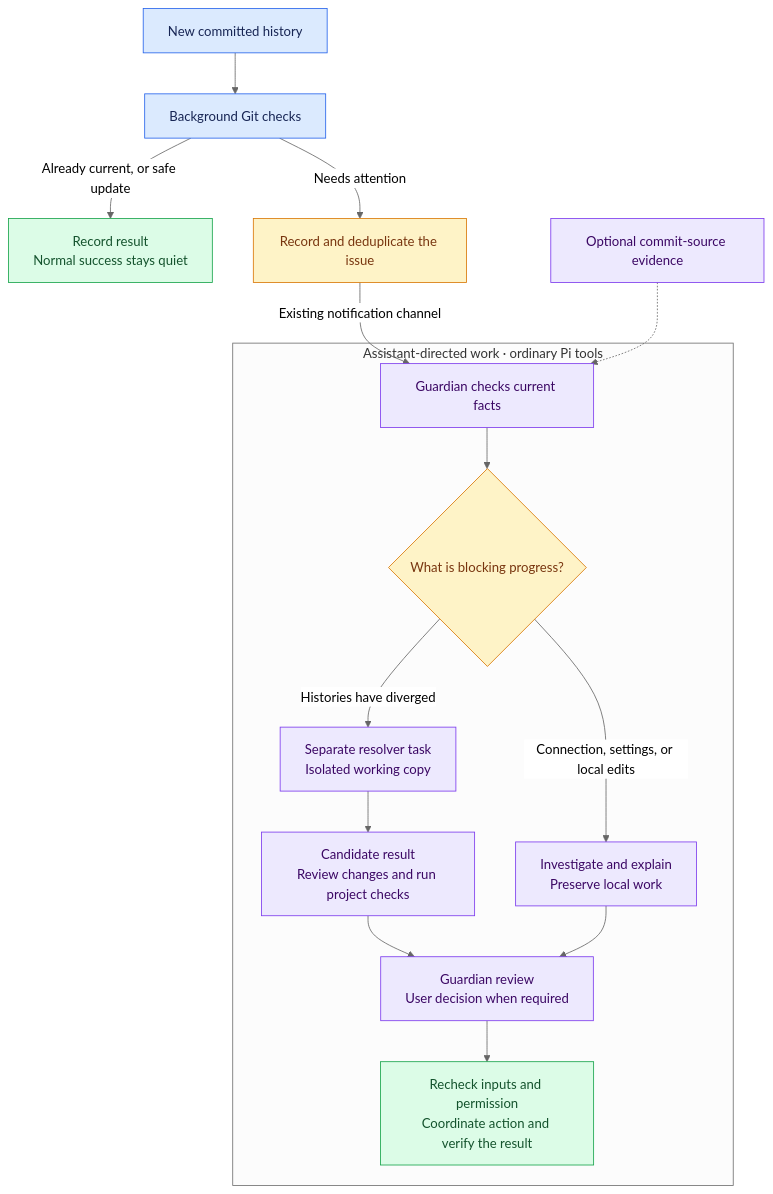
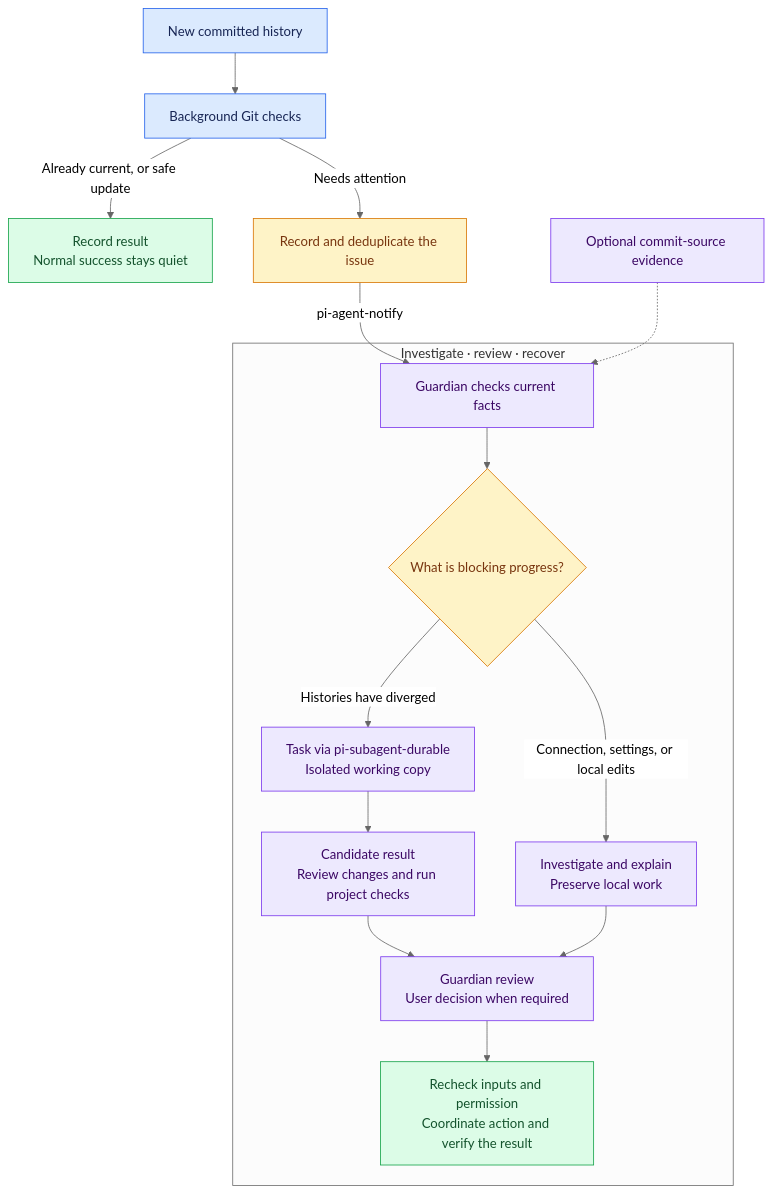
The second of 2 diagrams in README.md (roshameow/git-sync), drawn with Mermaid (neutral theme) before and after one commit. The commit also changed other lines of this file and 2 other files, not shown here.

Commit message:
docs: explain Guardian benefits and explicit setup dependencies

````diff
--- a/README.md
+++ b/README.md
@@ -96,28 +100,28 @@
 ```mermaid
 flowchart TB
     RECEIVE["New committed history"] --> CHECK["Background Git checks"]
     CHECK -->|"Already current, or safe update"| QUIET["Record result<br/>Normal success stays quiet"]
     CHECK -->|"Needs attention"| ISSUE["Record and deduplicate the issue"]
-    ISSUE -->|"Existing notification channel"| GUARD["Guardian checks current facts"]
+    ISSUE -->|"pi-agent-notify"| GUARD["Guardian checks current facts"]
 
-    subgraph ASSIST["Assistant-directed work · ordinary Pi tools"]
+    subgraph ASSIST["Investigate · review · recover"]
         GUARD --> KIND{"What is blocking progress?"}
         KIND -->|"Connection, settings, or local edits"| PLAN["Investigate and explain<br/>Preserve local work"]
-        KIND -->|"Histories have diverged"| RESOLVE["Separate resolver task<br/>Isolated working copy"]
+        KIND -->|"Histories have diverged"| RESOLVE["Task via pi-subagent-durable<br/>Isolated working copy"]
         RESOLVE --> TEST["Candidate result<br/>Review changes and run project checks"]
         TEST --> REVIEW["Guardian review<br/>User decision when required"]
         PLAN --> REVIEW
         REVIEW --> VERIFY["Recheck inputs and permission<br/>Coordinate action and verify the result"]
     end
 
     EVIDENCE["Optional commit-source evidence"] -.-> GUARD
 
     classDef routine fill:#dbeafe,stroke:#2563eb,color:#172554
     classDef success fill:#dcfce7,stroke:#16a34a,color:#14532d
     classDef attention fill:#fef3c7,stroke:#d97706,color:#78350f
     classDef assistant fill:#ede9fe,stroke:#7c3aed,color:#3b0764
     class RECEIVE,CHECK routine
     class QUIET,VERIFY success
     class ISSUE,KIND attention
     class GUARD,PLAN,RESOLVE,TEST,REVIEW,EVIDENCE assistant
 ```
````
